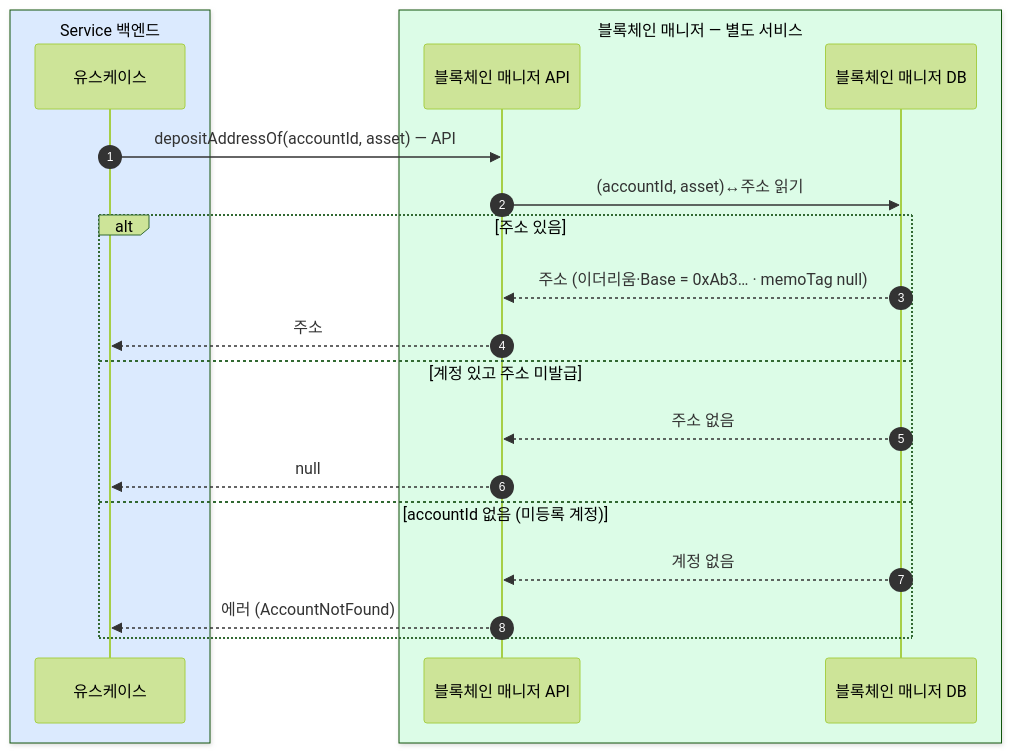
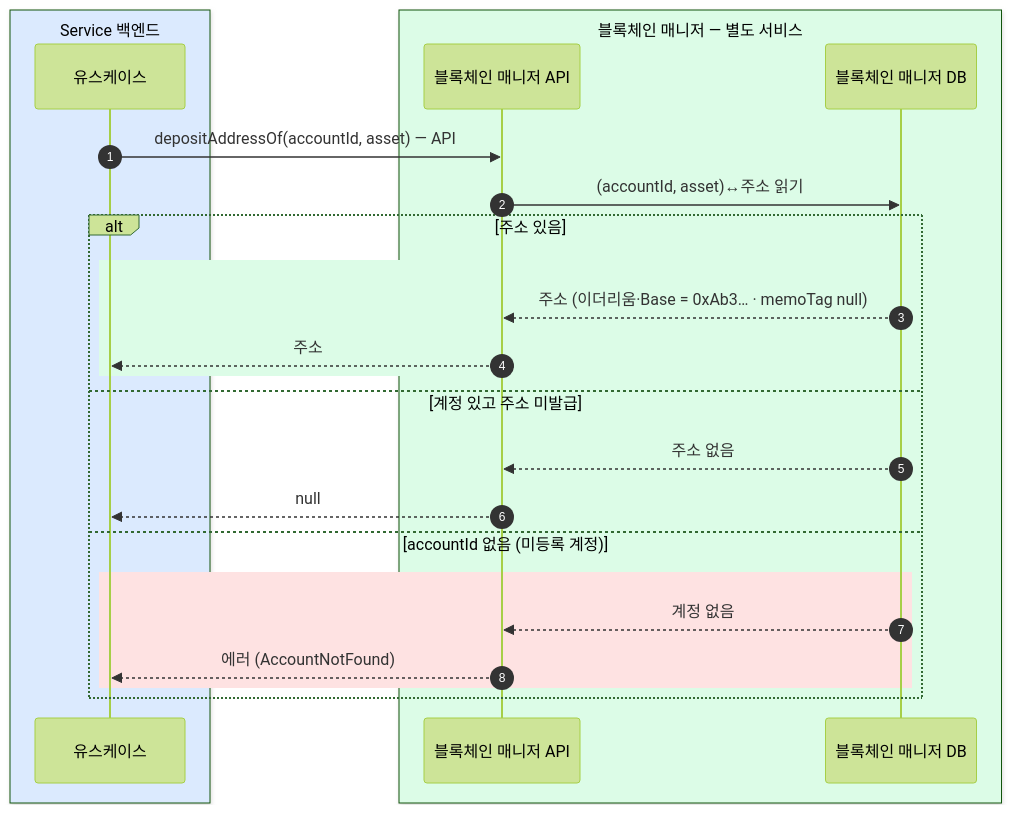
One commit to eunsujeo/eunpus changed the diagram in blockchain-manager/docs/블록체인매니저/설계/03-address-of.md. Above: the diagram before and after it, drawn with Mermaid (forest theme).

Commit message:
3장 다이어그램: alt 분기에 rect 배경색 — 성공 초록·에러 빨강(미발급 무색)

````diff
--- a/blockchain-manager/docs/블록체인매니저/설계/03-address-of.md
+++ b/blockchain-manager/docs/블록체인매니저/설계/03-address-of.md
@@ -18,24 +18,28 @@
 ```mermaid
 sequenceDiagram
     autonumber
     box rgb(219,234,254) Service 백엔드
     participant BE as 유스케이스
     end
     box rgb(220,252,231) 블록체인 매니저 — 별도 서비스
     participant BM as 블록체인 매니저 API
     participant MDB as 블록체인 매니저 DB
     end
 
     BE->>BM: depositAddressOf(accountId, asset) — API
     BM->>MDB: (accountId, asset)↔주소 읽기
     alt 주소 있음
+        rect rgb(220,252,231)
         MDB-->>BM: 주소 (이더리움·Base = 0xAb3… · memoTag null)
         BM-->>BE: 주소
+        end
     else 계정 있고 주소 미발급
         MDB-->>BM: 주소 없음
         BM-->>BE: null
     else accountId 없음 (미등록 계정)
+        rect rgb(254,226,226)
         MDB-->>BM: 계정 없음
         BM-->>BE: 에러 (AccountNotFound)
+        end
     end
 ```
````
